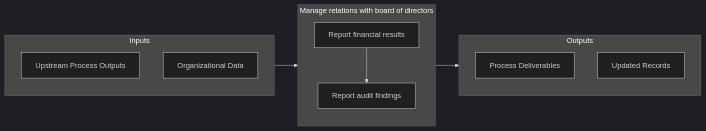
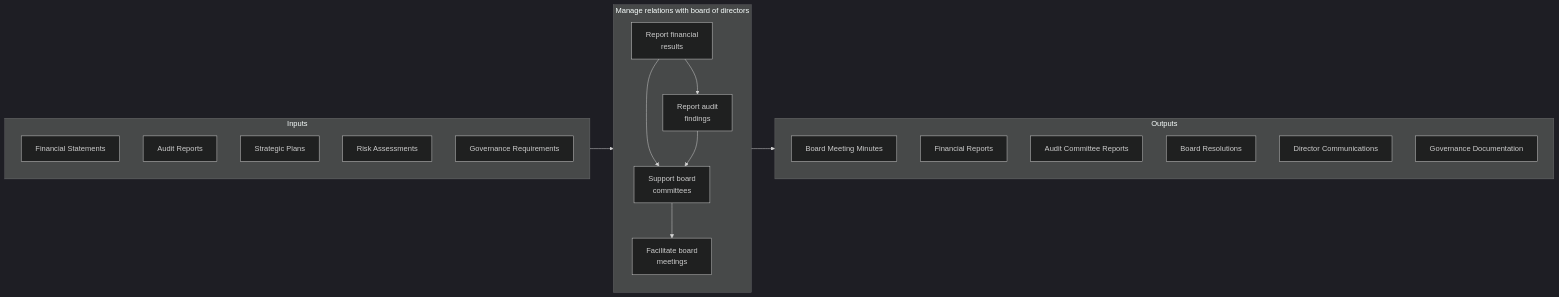
Before and after one commit to kziemski/business.org.ai: the second of 5 diagrams in processes/12-External/12.3-ManageRelationsBoardDirectors/index.mdx, drawn with Mermaid (dark theme). The commit also changed other lines of this file and 67 other files, not shown here.

````diff
--- a/processes/12-External/12.3-ManageRelationsBoardDirectors/index.mdx
+++ b/processes/12-External/12.3-ManageRelationsBoardDirectors/index.mdx
@@ -61,20 +76,33 @@
 ```mermaid
 flowchart LR
     subgraph Inputs["Inputs"]
-        I1["Upstream Process Outputs"]
-        I2["Organizational Data"]
+        I1["Financial Statements"]
+        I2["Audit Reports"]
+        I3["Strategic Plans"]
+        I4["Risk Assessments"]
+        I5["Governance Requirements"]
     end
 
     subgraph Process["Manage relations with board of directors"]
-        S1["Report financial results"]
-        S2["Report audit findings"]
+        S1["Report financial<br/>results"]
+        S2["Report audit<br/>findings"]
+        S3["Support board<br/>committees"]
+        S4["Facilitate board<br/>meetings"]
+
+        S1 --> S2
+        S1 --> S3
+        S2 --> S3
+        S3 --> S4
     end
 
     subgraph Outputs["Outputs"]
-        O1["Process Deliverables"]
-        O2["Updated Records"]
+        O1["Board Meeting Minutes"]
+        O2["Financial Reports"]
+        O3["Audit Committee Reports"]
+        O4["Board Resolutions"]
+        O5["Director Communications"]
+        O6["Governance Documentation"]
     end
 
     Inputs --> Process --> Outputs
-    S1 --> S2
 ```
````
